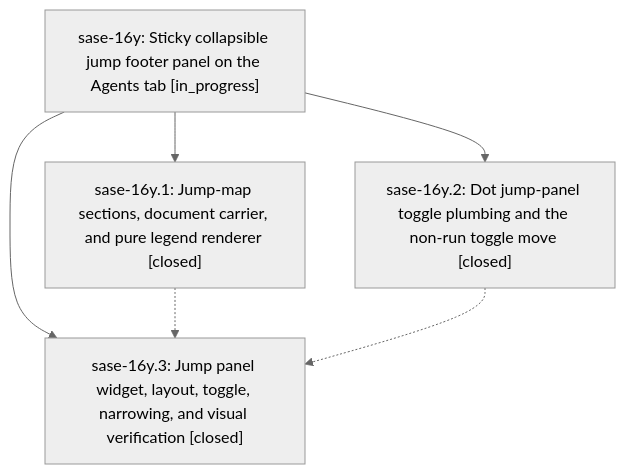
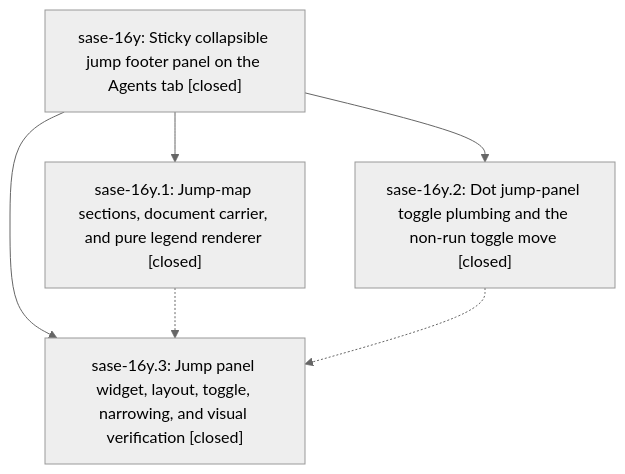
One commit to sase-org/sase--beads changed the diagram in pages/sase-16y/README.md. Above: the diagram before and after it, drawn with Mermaid (neutral theme). The commit also changed other lines of this file and 1 other file, not shown here.

First line of the commit message:
chore(beads): sync bead state and pages for sase-16y

````diff
--- a/pages/sase-16y/README.md
+++ b/pages/sase-16y/README.md
@@ -24,12 +28,12 @@
 ```mermaid
 flowchart TD
-    n0["sase-16y: Sticky collapsible jump footer panel on the Agents tab [in_progress]"]
+    n0["sase-16y: Sticky collapsible jump footer panel on the Agents tab [closed]"]
     n1["sase-16y.1: Jump-map sections, document carrier, and pure legend renderer [closed]"]
     n2["sase-16y.2: Dot jump-panel toggle plumbing and the non-run toggle move [closed]"]
     n3["sase-16y.3: Jump panel widget, layout, toggle, narrowing, and visual verification [closed]"]
     n0 --> n1
     n0 --> n2
     n0 --> n3
     n1 -.-> n3
     n2 -.-> n3
 ```
````
